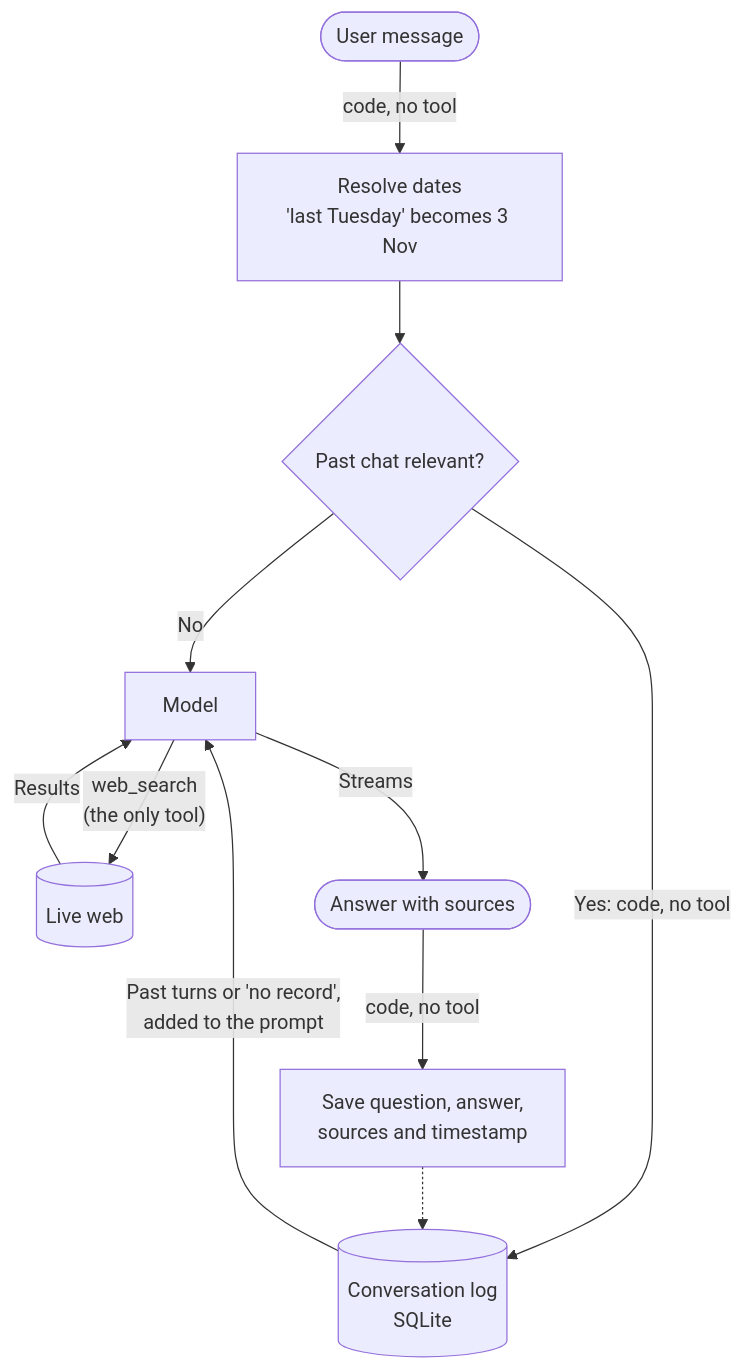
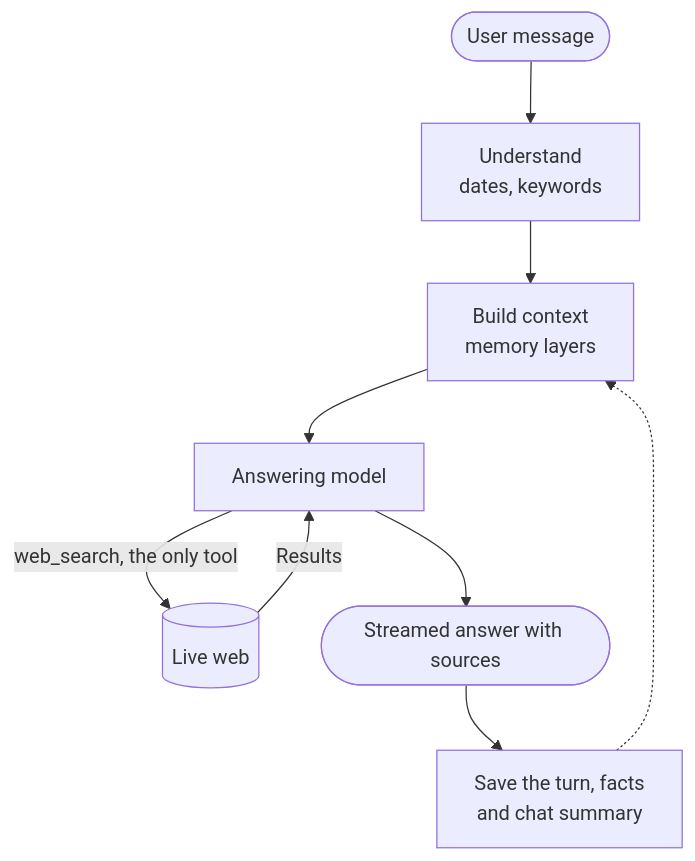
Before and after one commit to ShashwatXD/Mino: the diagram in DESIGN.md, drawn with Mermaid. The commit also changed other lines of this file and 22 other files, not shown here.

Commit message:
added chat summaries, removed voice and semantic search, smaller default models

````diff
--- a/DESIGN.md
+++ b/DESIGN.md
@@ -7,13 +7,11 @@
 ```mermaid
 flowchart TD
-    A([User message]) -- "code, no tool" --> B["Resolve dates<br/>'last Tuesday' becomes 3 Nov"]
-    B --> C{Past chat relevant?}
-    C -- No --> E[Model]
-    C -- "Yes: code, no tool" --> D[("Conversation log<br/>SQLite")]
-    D -- "Past turns or 'no record',<br/>added to the prompt" --> E
-    E -- "web_search<br/>(the only tool)" --> W[(Live web)]
-    W -- Results --> E
-    E -- Streams --> F([Answer with sources])
-    F -- "code, no tool" --> G["Save question, answer,<br/>sources and timestamp"]
-    G -.-> D
+    A([User message]) --> B["Understand<br/>dates, keywords"]
+    B --> C["Build context<br/>memory layers"]
+    C --> D["Answering model"]
+    D -- "web_search, the only tool" --> W[(Live web)]
+    W -- Results --> D
+    D --> E([Streamed answer with sources])
+    E --> F["Save the turn, facts<br/>and chat summary"]
+    F -.-> C
 ```
````
